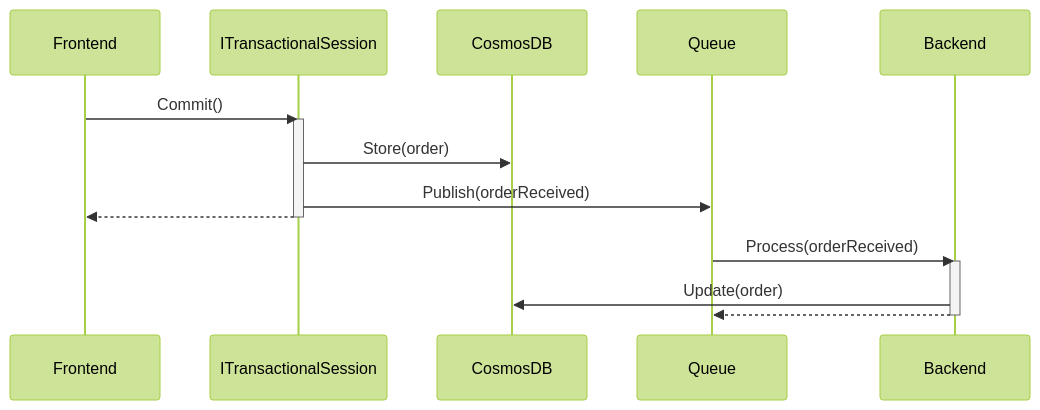
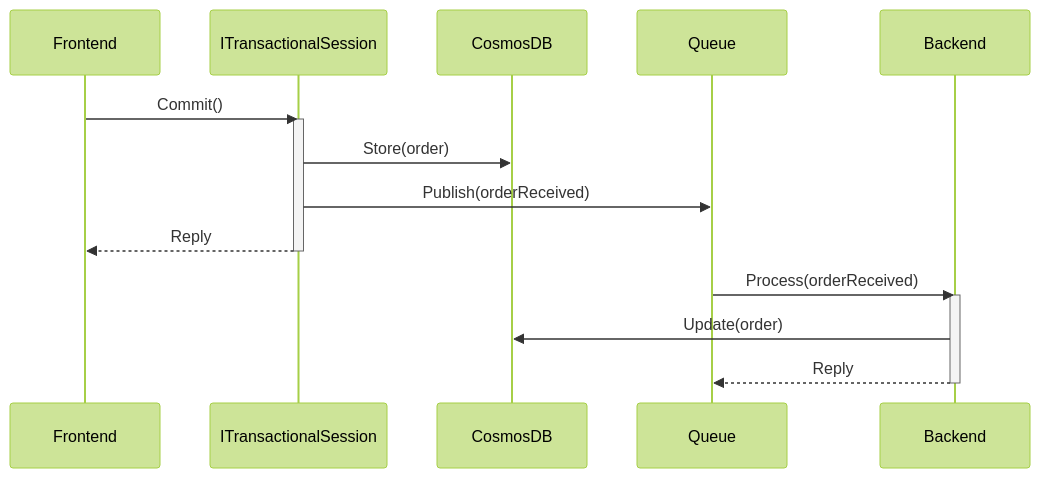
Before and after one commit to Particular/docs.particular.net: the diagram in samples/transactional-session/cosmosdb/sample.md, drawn with Mermaid (forest theme). The commit also changed 3 other files, not shown here.

Commit message:
Add required text to mermaid sequence diagram

````diff
--- a/samples/transactional-session/cosmosdb/sample.md
+++ b/samples/transactional-session/cosmosdb/sample.md
@@ -20,14 +20,14 @@
 ```mermaid
 sequenceDiagram
     Frontend->>ITransactionalSession: Commit()
     activate ITransactionalSession
     ITransactionalSession->>CosmosDB: Store(order)
     ITransactionalSession->>Queue: Publish(orderReceived)
-    ITransactionalSession-->>Frontend: 
+    ITransactionalSession-->>Frontend: Reply
     deactivate ITransactionalSession
     Queue->>Backend: Process(orderReceived)
     activate Backend
     Backend->>CosmosDB: Update(order)
-    Backend-->>Queue: 
+    Backend-->>Queue: Reply
     deactivate Backend
 ```
````
